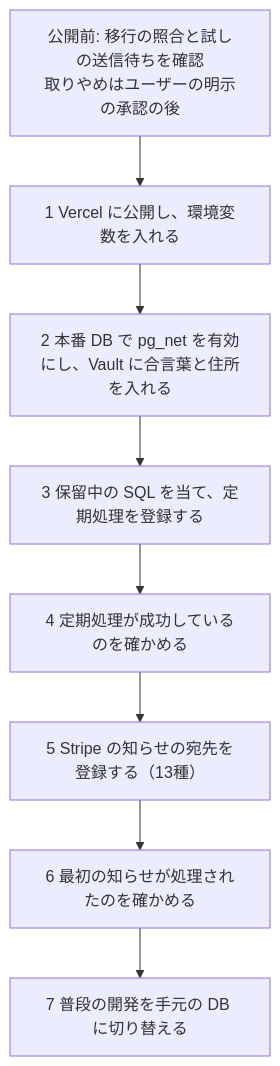
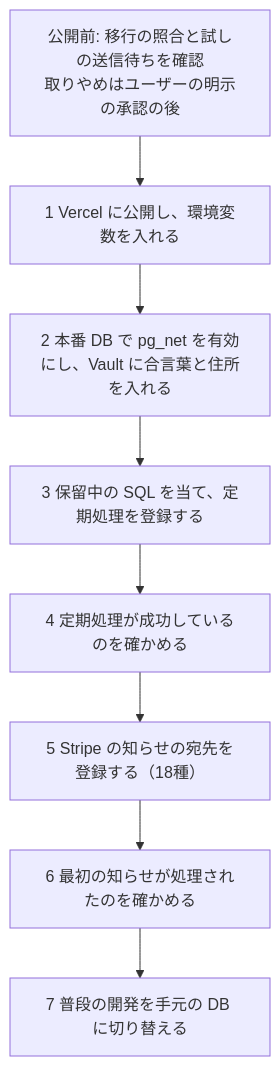
The diagram in docs/06_Operations/webhook-queue-operations.md (ChocoWork/o_official), drawn with Mermaid before and after one commit. The commit also changed other lines of this file and 31 other files, not shown here.

````diff
--- a/docs/06_Operations/webhook-queue-operations.md
+++ b/docs/06_Operations/webhook-queue-operations.md
@@ -34,10 +36,10 @@
 ```mermaid
 flowchart TD
     P["公開前: 移行の照合と試しの送信待ちを確認<br/>取りやめはユーザーの明示の承認の後"] --> A["1 Vercel に公開し、環境変数を入れる"]
     A --> B["2 本番 DB で pg_net を有効にし、Vault に合言葉と住所を入れる"]
     B --> C["3 保留中の SQL を当て、定期処理を登録する"]
     C --> D["4 定期処理が成功しているのを確かめる"]
-    D --> E["5 Stripe の知らせの宛先を登録する（13種）"]
+    D --> E["5 Stripe の知らせの宛先を登録する（18種）"]
     E --> F["6 最初の知らせが処理されたのを確かめる"]
     F --> G["7 普段の開発を手元の DB に切り替える"]
 ```
````
